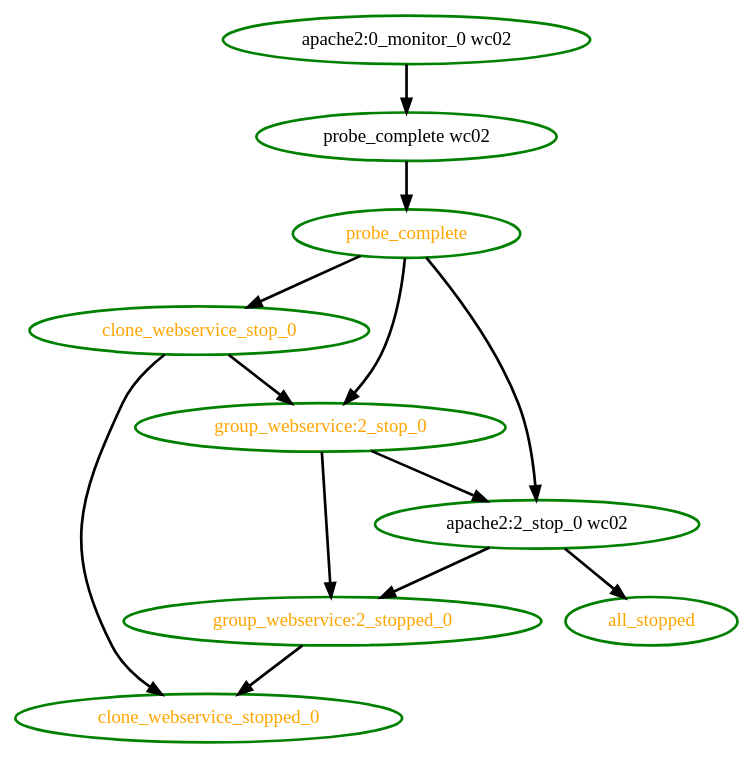
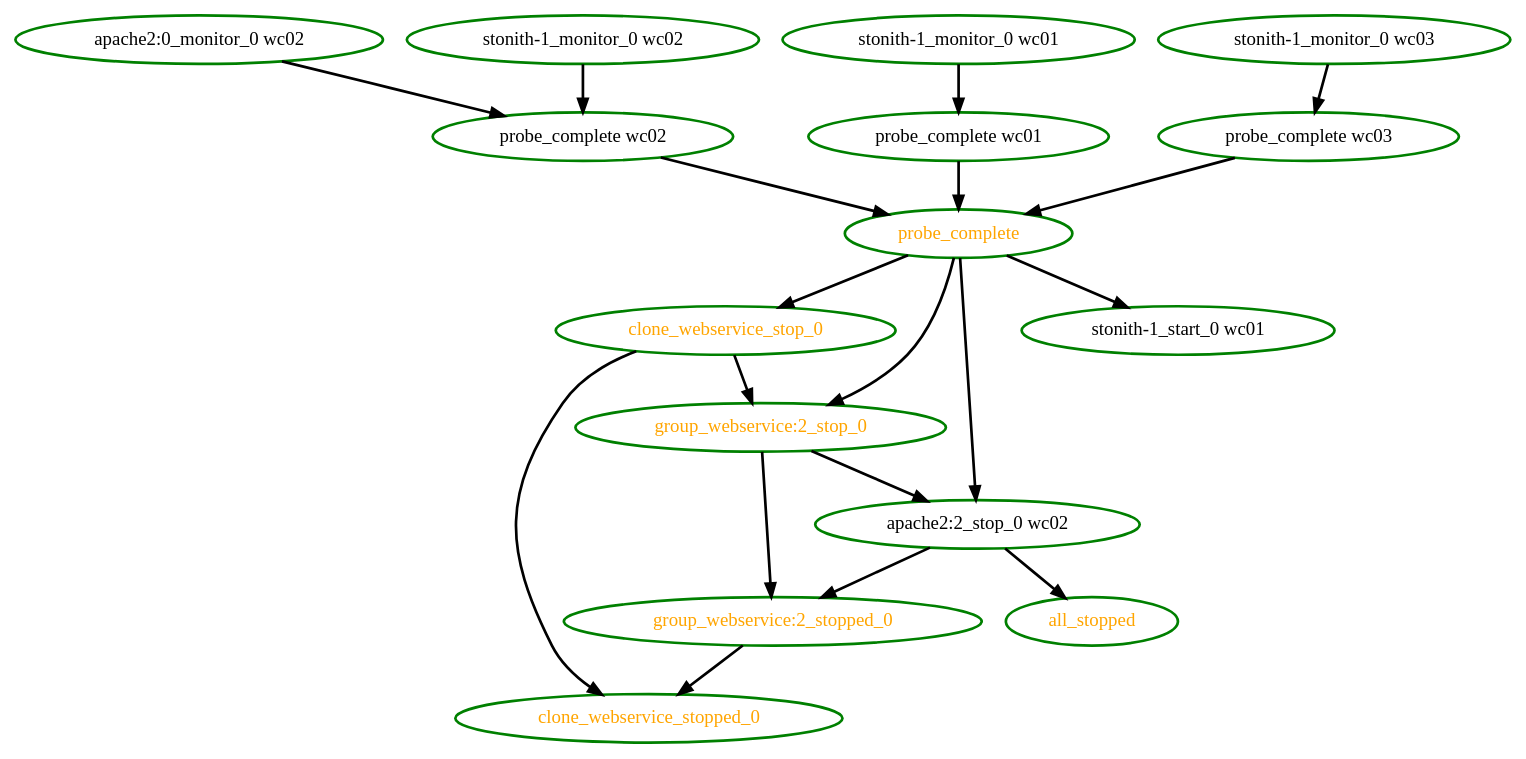
One commit to linux-ha-japan/pm_diskd changed the diagram in pengine/test10/clone-anon-dup.dot. Above: the diagram before and after it, drawn with Graphviz. The commit also changed 209 other files, not shown here.

```diff
--- a/pengine/test10/clone-anon-dup.dot
+++ b/pengine/test10/clone-anon-dup.dot
@@ -1,23 +1,35 @@
 digraph "g" {
 "all_stopped" [ style=bold color="green" fontcolor="orange"  ]
 "apache2:0_monitor_0 wc02" -> "probe_complete wc02" [ style = bold]
 "apache2:0_monitor_0 wc02" [ style=bold color="green" fontcolor="black"  ]
 "apache2:2_stop_0 wc02" -> "all_stopped" [ style = bold]
 "apache2:2_stop_0 wc02" -> "group_webservice:2_stopped_0" [ style = bold]
 "apache2:2_stop_0 wc02" [ style=bold color="green" fontcolor="black"  ]
 "clone_webservice_stop_0" -> "clone_webservice_stopped_0" [ style = bold]
 "clone_webservice_stop_0" -> "group_webservice:2_stop_0" [ style = bold]
 "clone_webservice_stop_0" [ style=bold color="green" fontcolor="orange"  ]
 "clone_webservice_stopped_0" [ style=bold color="green" fontcolor="orange"  ]
 "group_webservice:2_stop_0" -> "apache2:2_stop_0 wc02" [ style = bold]
 "group_webservice:2_stop_0" -> "group_webservice:2_stopped_0" [ style = bold]
 "group_webservice:2_stop_0" [ style=bold color="green" fontcolor="orange"  ]
 "group_webservice:2_stopped_0" -> "clone_webservice_stopped_0" [ style = bold]
 "group_webservice:2_stopped_0" [ style=bold color="green" fontcolor="orange"  ]
+"probe_complete wc01" -> "probe_complete" [ style = bold]
+"probe_complete wc01" [ style=bold color="green" fontcolor="black"  ]
 "probe_complete wc02" -> "probe_complete" [ style = bold]
 "probe_complete wc02" [ style=bold color="green" fontcolor="black"  ]
+"probe_complete wc03" -> "probe_complete" [ style = bold]
+"probe_complete wc03" [ style=bold color="green" fontcolor="black"  ]
 "probe_complete" -> "apache2:2_stop_0 wc02" [ style = bold]
 "probe_complete" -> "clone_webservice_stop_0" [ style = bold]
 "probe_complete" -> "group_webservice:2_stop_0" [ style = bold]
+"probe_complete" -> "stonith-1_start_0 wc01" [ style = bold]
 "probe_complete" [ style=bold color="green" fontcolor="orange"  ]
+"stonith-1_monitor_0 wc01" -> "probe_complete wc01" [ style = bold]
+"stonith-1_monitor_0 wc01" [ style=bold color="green" fontcolor="black"  ]
+"stonith-1_monitor_0 wc02" -> "probe_complete wc02" [ style = bold]
+"stonith-1_monitor_0 wc02" [ style=bold color="green" fontcolor="black"  ]
+"stonith-1_monitor_0 wc03" -> "probe_complete wc03" [ style = bold]
+"stonith-1_monitor_0 wc03" [ style=bold color="green" fontcolor="black"  ]
+"stonith-1_start_0 wc01" [ style=bold color="green" fontcolor="black"  ]
 }
```
